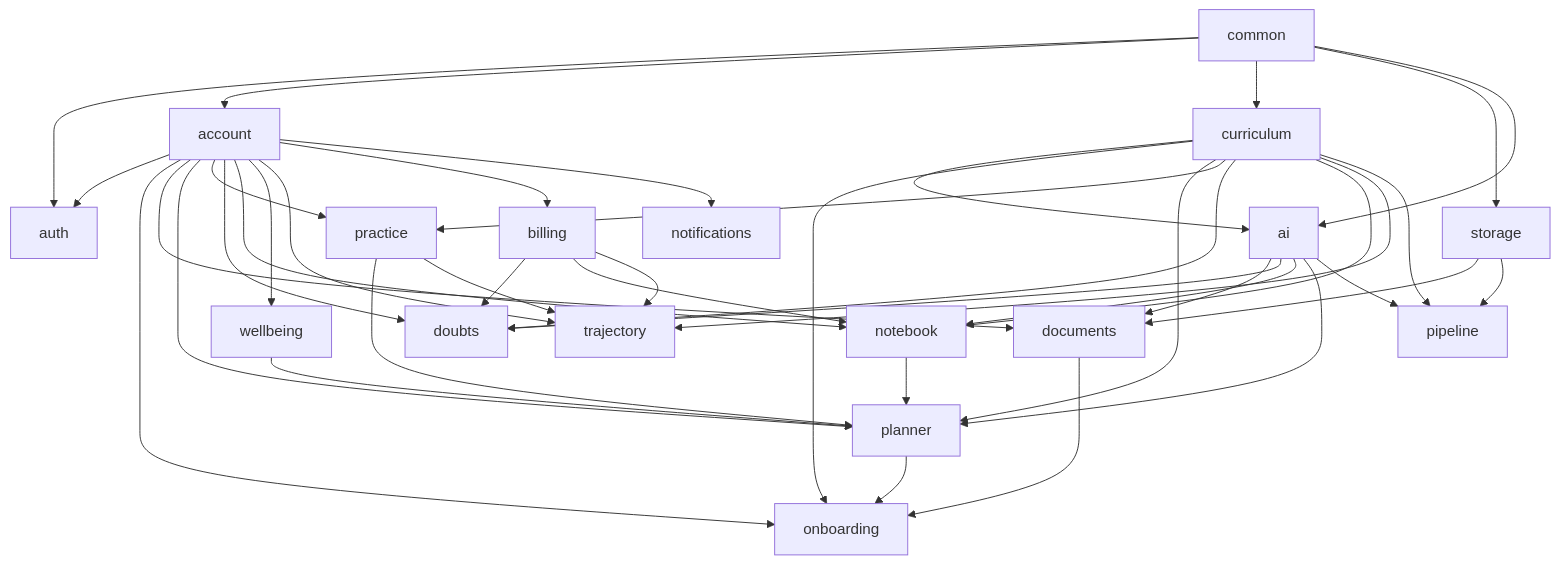
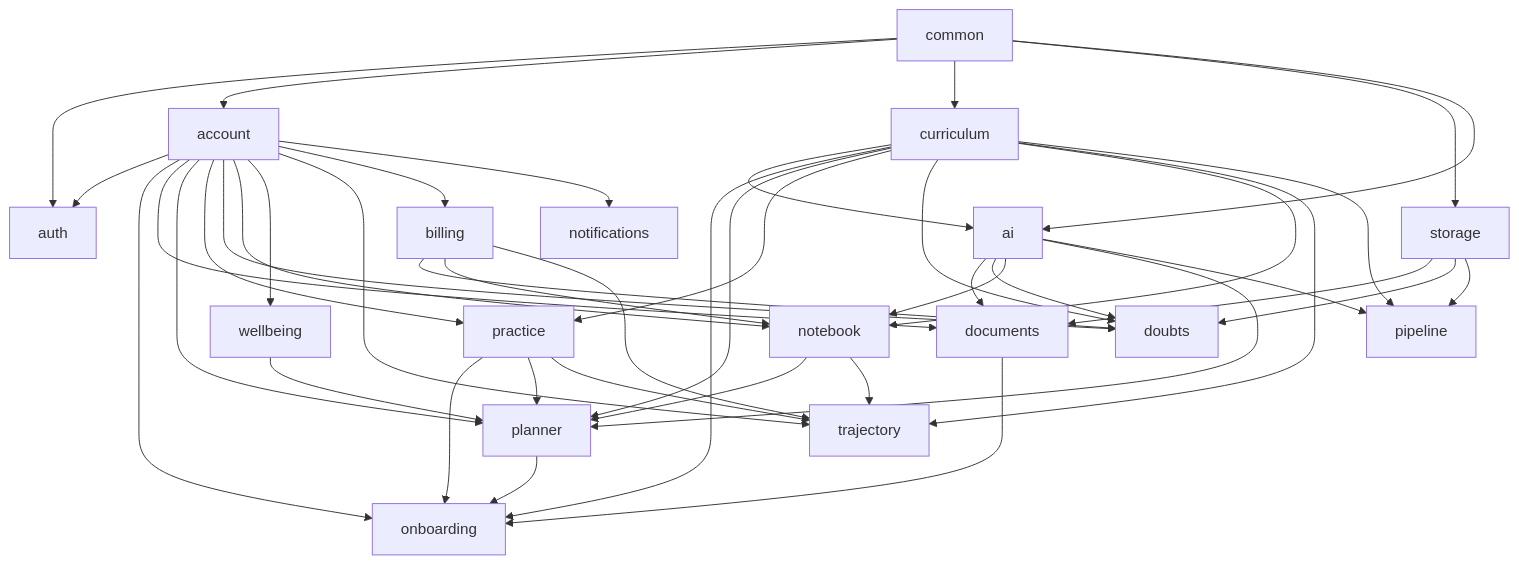
One commit to rayeesGmail/margai changed the second of 2 diagrams in docs/TECH_PLAN.md. Above: the diagram before and after it, drawn with Mermaid. The commit also changed other lines of this file, not shown here.

````diff
--- a/docs/TECH_PLAN.md
+++ b/docs/TECH_PLAN.md
@@ -159,16 +188,16 @@
 ```mermaid
 flowchart TD
     common --> auth & account & curriculum & storage & ai
     account --> auth
     curriculum --> ai
     ai --> documents & doubts & notebook & planner & pipeline
     account --> onboarding & documents & planner & practice & doubts & notebook & wellbeing & trajectory & billing & notifications
     curriculum --> onboarding & planner & practice & doubts & notebook & trajectory & pipeline
-    storage --> documents & pipeline
+    storage --> documents & doubts & pipeline
     documents --> onboarding
     planner --> onboarding
-    practice --> planner & trajectory
-    notebook --> planner
+    practice --> onboarding & planner & trajectory
+    notebook --> planner & trajectory
     wellbeing --> planner
     billing --> doubts & notebook & trajectory
 ```
````
